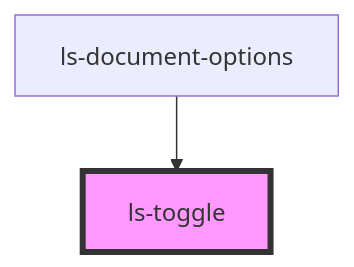
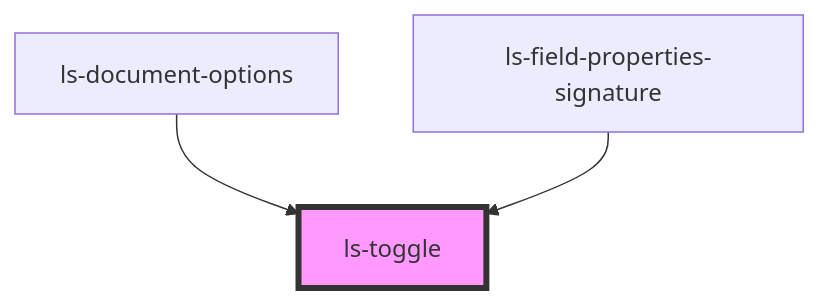
Before and after one commit to legalesign/ls-document-viewer: the diagram in src/components/ls-toggle/readme.md, drawn with Mermaid. The commit also changed other lines of this file and 8 other files, not shown here.

````diff
--- a/src/components/ls-toggle/readme.md
+++ b/src/components/ls-toggle/readme.md
@@ -15,5 +16,6 @@
 ```mermaid
 graph TD;
   ls-document-options --> ls-toggle
+  ls-field-properties-signature --> ls-toggle
   style ls-toggle fill:#f9f,stroke:#333,stroke-width:4px
 ```
````
